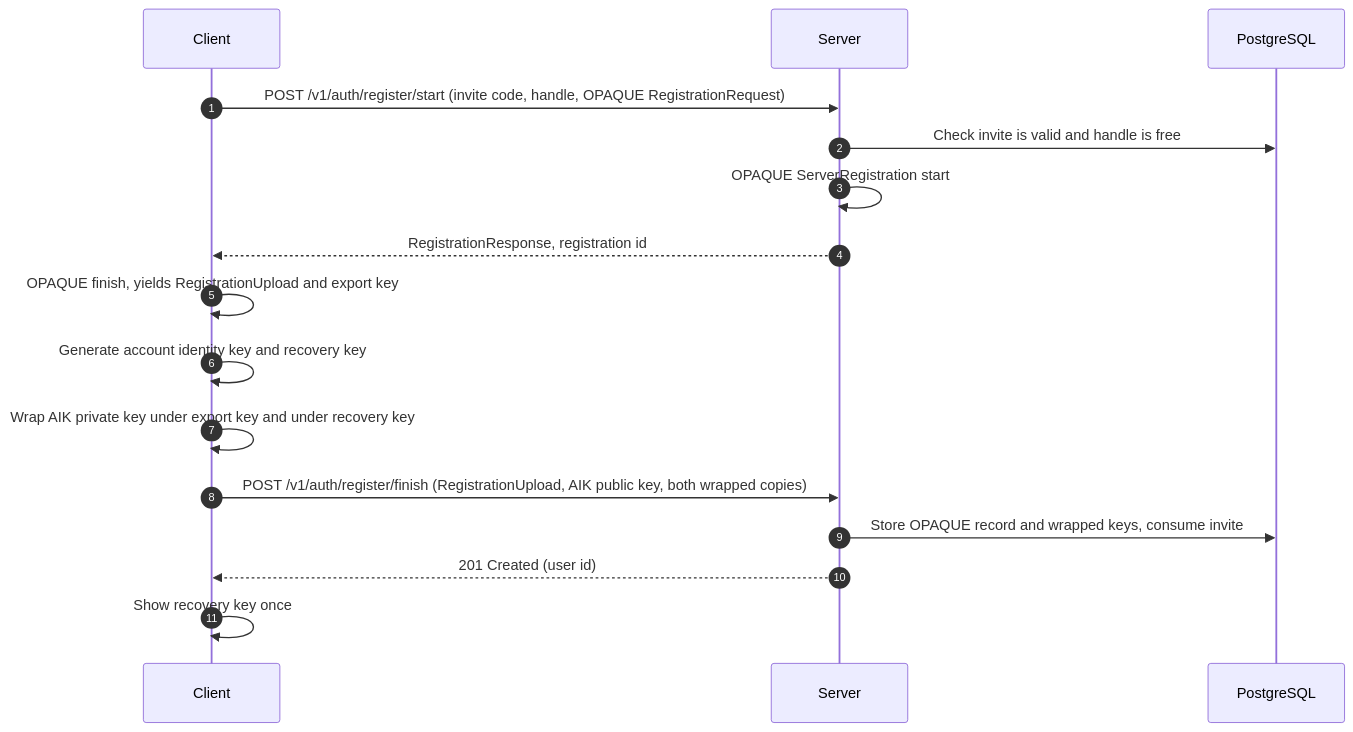
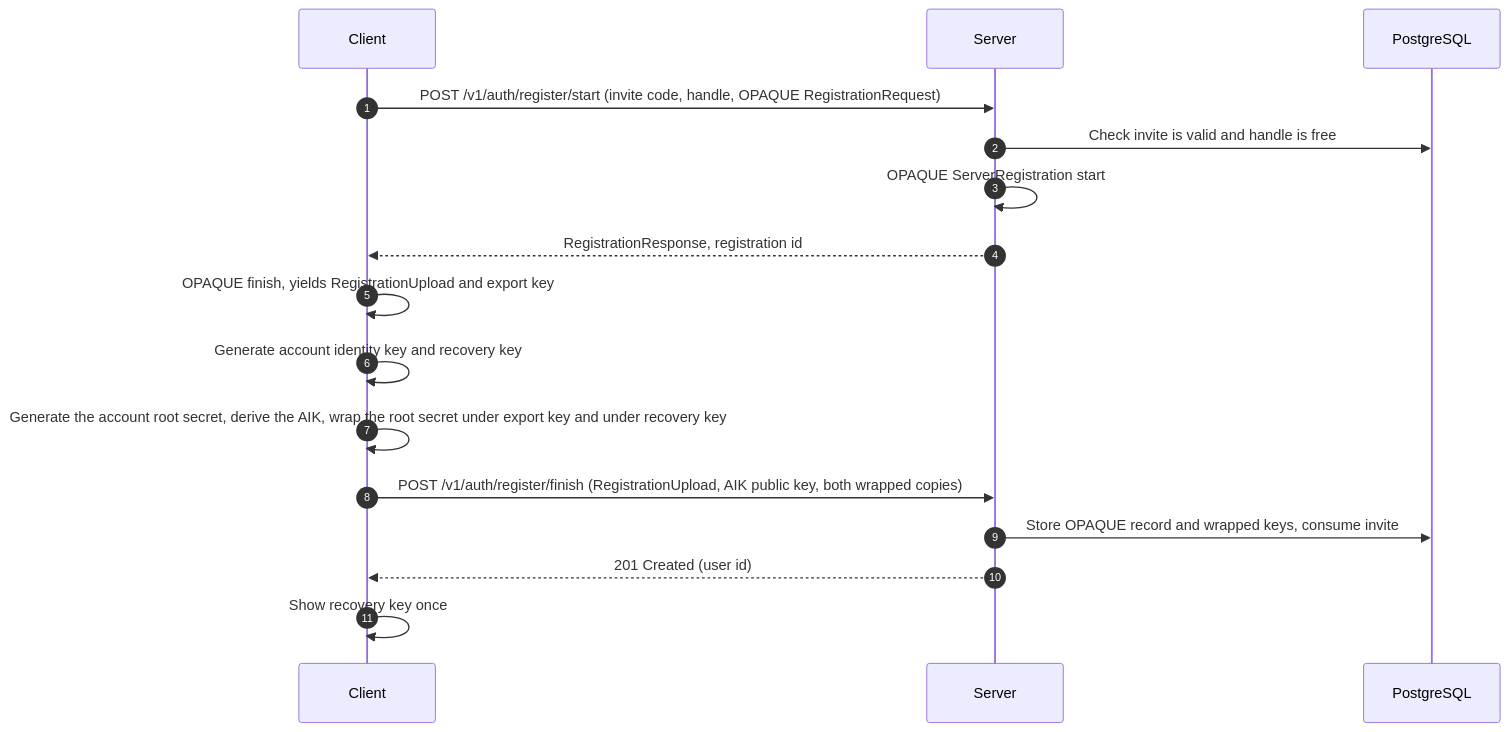
One commit to JulienVZ/tavern changed the second of 9 diagrams in docs/architecture.md. Above: the diagram before and after it, drawn with Mermaid. The commit also changed other lines of this file and 27 other files, not shown here.

First line of the commit message:
feat: keep one device per account and protect the local store key while signed out

````diff
--- a/docs/architecture.md
+++ b/docs/architecture.md
@@ -96,19 +96,19 @@
 ```mermaid
 sequenceDiagram
   autonumber
   participant C as Client
   participant S as Server
   participant DB as PostgreSQL
 
   C->>S: POST /v1/auth/register/start (invite code, handle, OPAQUE RegistrationRequest)
   S->>DB: Check invite is valid and handle is free
   S->>S: OPAQUE ServerRegistration start
   S-->>C: RegistrationResponse, registration id
   C->>C: OPAQUE finish, yields RegistrationUpload and export key
   C->>C: Generate account identity key and recovery key
-  C->>C: Wrap AIK private key under export key and under recovery key
+  C->>C: Generate the account root secret, derive the AIK, wrap the root secret under export key and under recovery key
   C->>S: POST /v1/auth/register/finish (RegistrationUpload, AIK public key, both wrapped copies)
   S->>DB: Store OPAQUE record and wrapped keys, consume invite
   S-->>C: 201 Created (user id)
   C->>C: Show recovery key once
 ```
````
